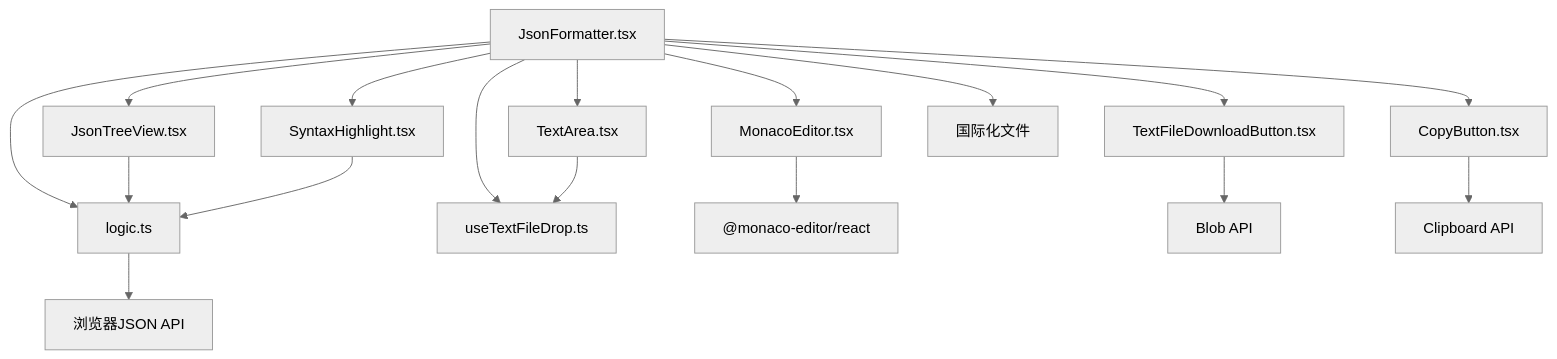
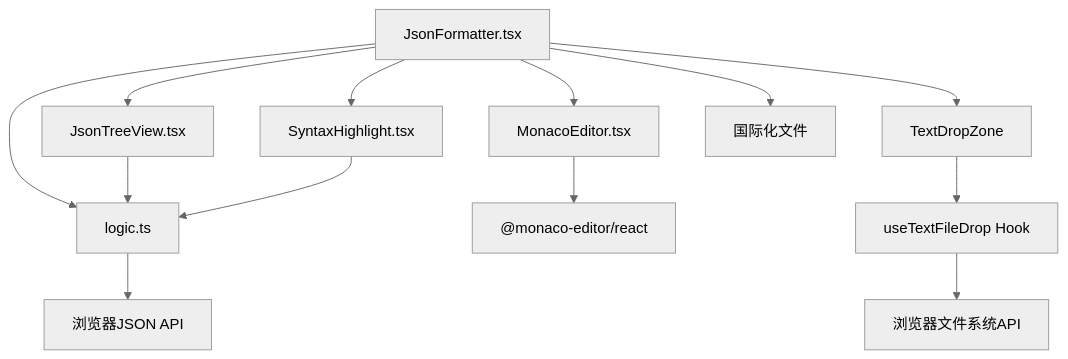
Before and after one commit to sgyy/privadeck: the fourth of 4 diagrams in .qoder/repowiki/zh/content/开发者工具/JSON格式化工具.md, drawn with Mermaid (neutral theme). The commit also changed other lines of this file and 23 other files, not shown here.

````diff
--- a/.qoder/repowiki/zh/content/开发者工具/JSON格式化工具.md
+++ b/.qoder/repowiki/zh/content/开发者工具/JSON格式化工具.md
@@ -428,19 +391,15 @@
 ```mermaid
 graph TD
 JsonFormatter[JsonFormatter.tsx] --> MonacoEditor[MonacoEditor.tsx]
 JsonFormatter --> JsonTreeView[JsonTreeView.tsx]
 JsonFormatter --> SyntaxHighlight[SyntaxHighlight.tsx]
 JsonFormatter --> Logic[logic.ts]
-JsonFormatter --> TextArea[TextArea.tsx]
-JsonFormatter --> CopyButton[CopyButton.tsx]
-JsonFormatter --> TextFileDownloadButton[TextFileDownloadButton.tsx]
-JsonFormatter --> useTextFileDrop[useTextFileDrop.ts]
+JsonFormatter --> TextDropZone[TextDropZone]
 JsonFormatter --> Intl[国际化文件]
 MonacoEditor --> Monaco["@monaco-editor/react"]
 JsonTreeView --> Logic
 SyntaxHighlight --> Logic
+TextDropZone --> UseTextFileDrop[useTextFileDrop Hook]
+UseTextFileDrop --> FileSystemAPI[浏览器文件系统API]
 Logic --> BrowserAPI[浏览器JSON API]
-TextArea --> useTextFileDrop
-TextFileDownloadButton --> BlobAPI[Blob API]
-CopyButton --> ClipboardAPI[Clipboard API]
 ```
````
